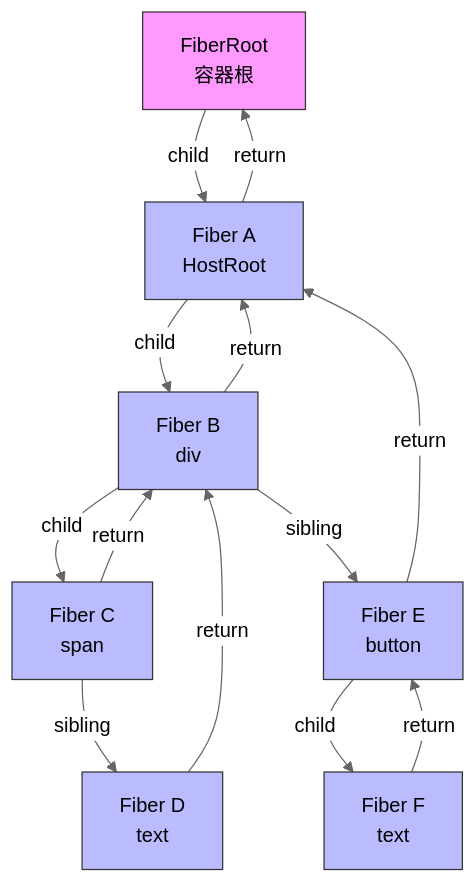
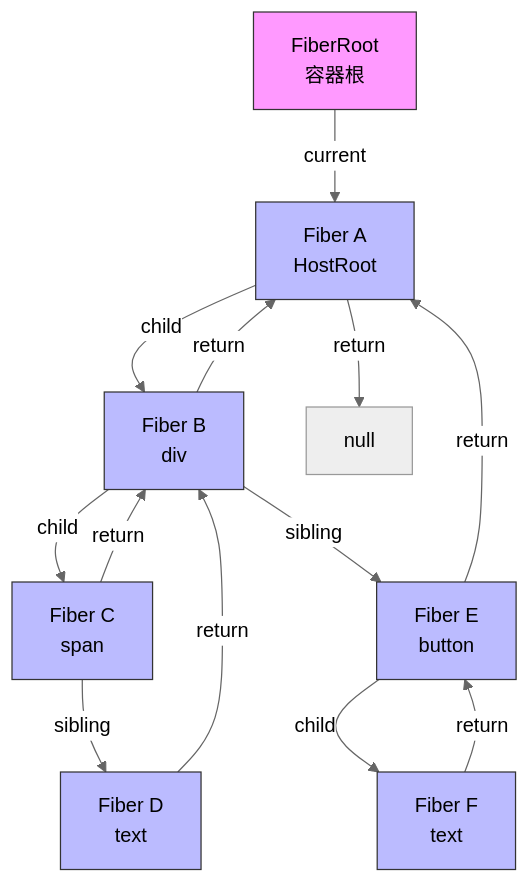
The first of 2 diagrams in apps/docs/frameworks/react/advanced/source-code/reconciler/fiberNode.md (sentibeitaokong/CoreFront-EndConcepts), drawn with Mermaid (neutral theme) before and after one commit. The commit also changed other lines of this file and 83 other files, not shown here.

````diff
--- a/apps/docs/frameworks/react/advanced/source-code/reconciler/fiberNode.md
+++ b/apps/docs/frameworks/react/advanced/source-code/reconciler/fiberNode.md
@@ -99,24 +99,24 @@
 ```mermaid
 graph TD
-    Root[FiberRoot<br/>容器根] -->|child| A[Fiber A<br/>HostRoot]
+    Root[FiberRoot<br/>容器根] -->|current| A[Fiber A<br/>HostRoot]
     A -->|child| B[Fiber B<br/>div]
     B -->|child| C[Fiber C<br/>span]
     C -->|sibling| D[Fiber D<br/>text]
     B -->|sibling| E[Fiber E<br/>button]
     E -->|child| F[Fiber F<br/>text]
 
-    A -->|return| Root
+    A -->|return| Null[null]
     B -->|return| A
     C -->|return| B
     D -->|return| B
     E -->|return| A
     F -->|return| E
 
     style Root fill:#f9f,stroke:#333
     style A fill:#bbf,stroke:#333
     style B fill:#bbf,stroke:#333
     style C fill:#bbf,stroke:#333
     style D fill:#bbf,stroke:#333
     style E fill:#bbf,stroke:#333
     style F fill:#bbf,stroke:#333
 ```
````
